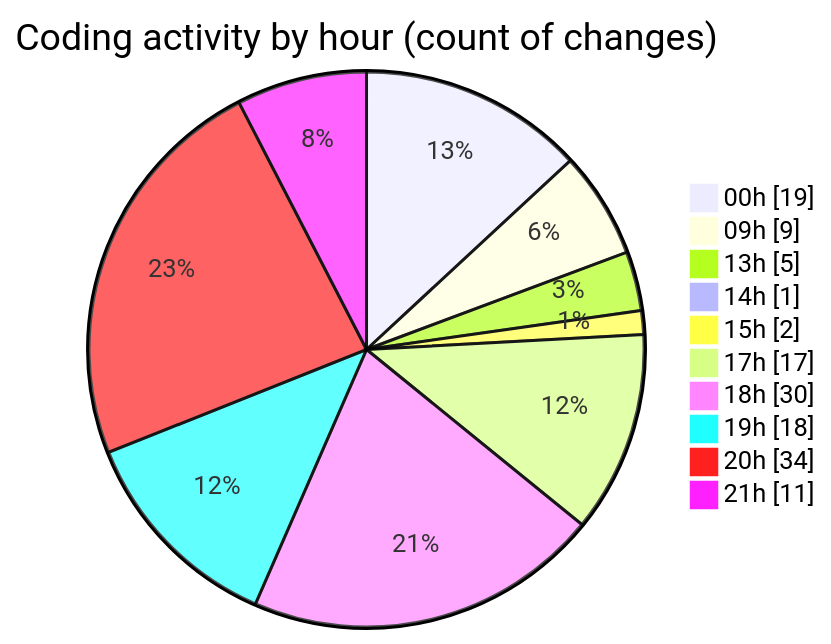
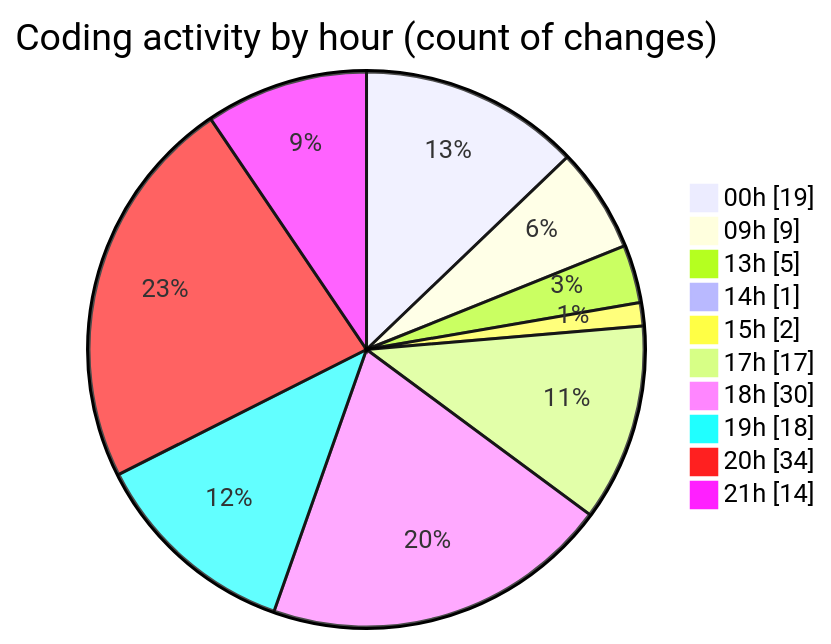
The second of 2 diagrams in 2025-08-12/ribbon/README.md (EIIisD/code-tracking), drawn with Mermaid before and after one commit. The commit also changed other lines of this file and 1 other file, not shown here.

````diff
--- a/2025-08-12/ribbon/README.md
+++ b/2025-08-12/ribbon/README.md
@@ -54,14 +54,14 @@
 ```mermaid
 pie showData
 title Coding activity by hour (count of changes)
 "00h" : 19
 "09h" : 9
 "13h" : 5
 "14h" : 1
 "15h" : 2
 "17h" : 17
 "18h" : 30
 "19h" : 18
 "20h" : 34
-"21h" : 11
+"21h" : 14
 ```
````
